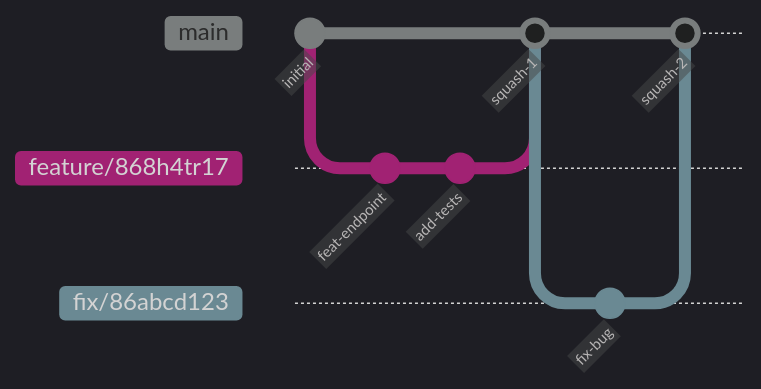
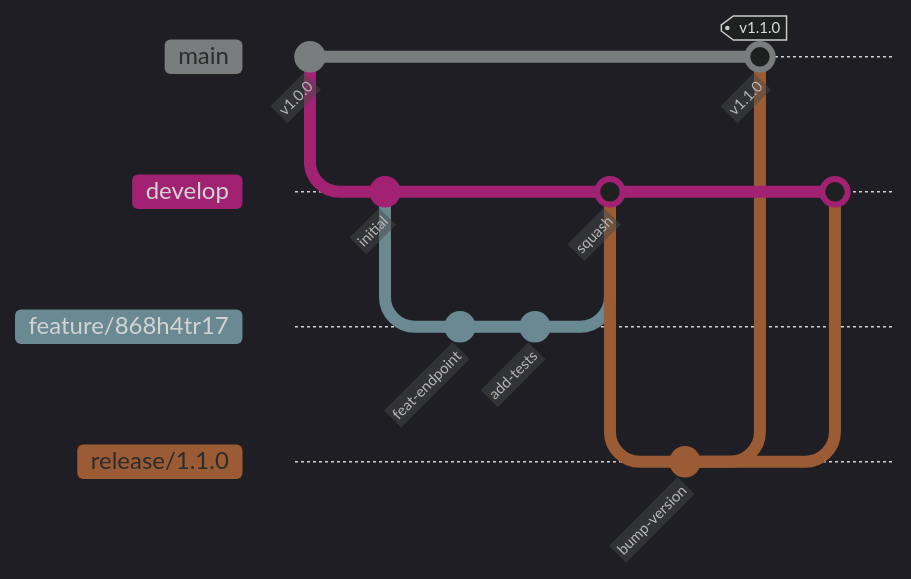
The first of 2 diagrams in presentations/onboarding/developer-workflow.md (developer-implementos/integration-presentations), drawn with Mermaid before and after one commit. The commit also changed other lines of this file, not shown here.

First line of the commit message:
docs(presentations): actualizar workflow a Git Flow con develop (#2)

````diff
--- a/presentations/onboarding/developer-workflow.md
+++ b/presentations/onboarding/developer-workflow.md
@@ -290,14 +292,18 @@
 ```mermaid
 %%{init: {'theme': 'dark', 'gitGraph': {'mainBranchName': 'main'}}}%%
 gitGraph
+   commit id: "v1.0.0"
+   branch develop
    commit id: "initial"
    branch feature/868h4tr17
    commit id: "feat-endpoint"
    commit id: "add-tests"
+   checkout develop
+   merge feature/868h4tr17 id: "squash"
+   branch release/1.1.0
+   commit id: "bump-version"
    checkout main
-   merge feature/868h4tr17 id: "squash-1"
-   branch fix/86abcd123
-   commit id: "fix-bug"
-   checkout main
-   merge fix/86abcd123 id: "squash-2"
+   merge release/1.1.0 id: "v1.1.0" tag: "v1.1.0"
+   checkout develop
+   merge release/1.1.0
 ```
````
